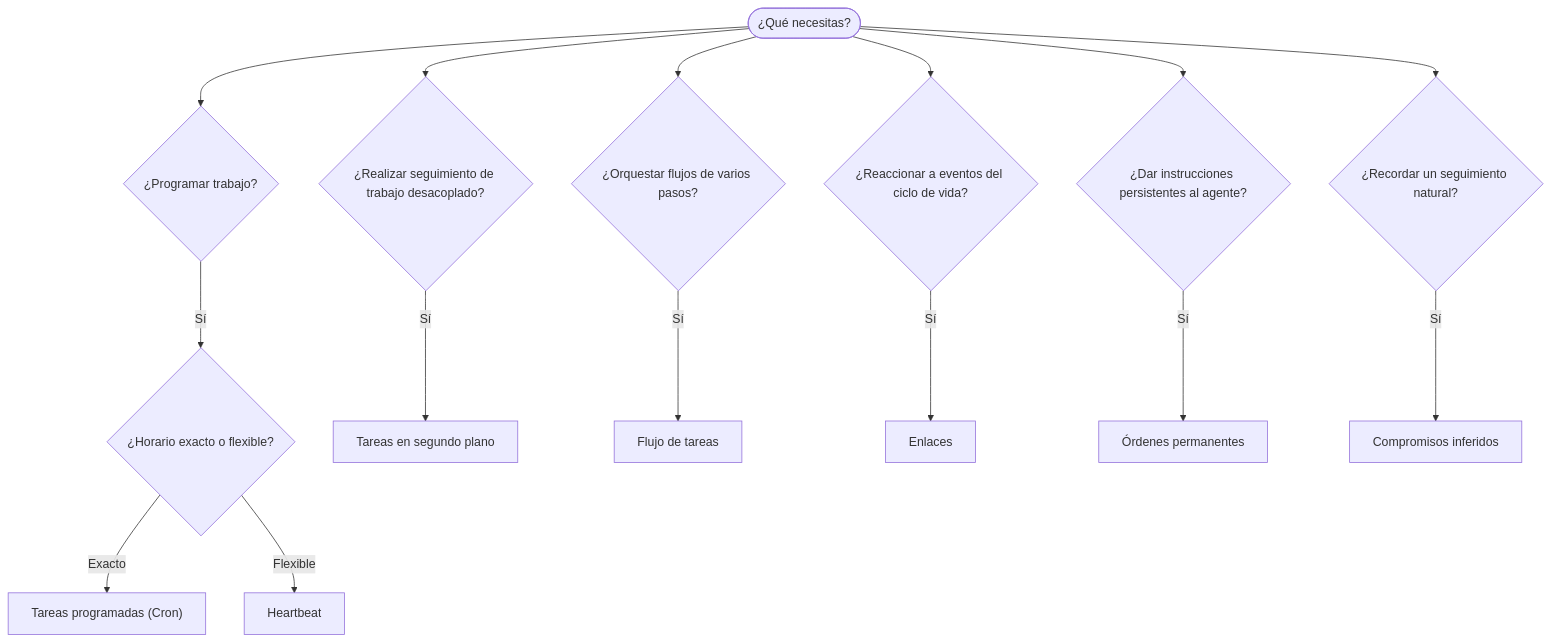
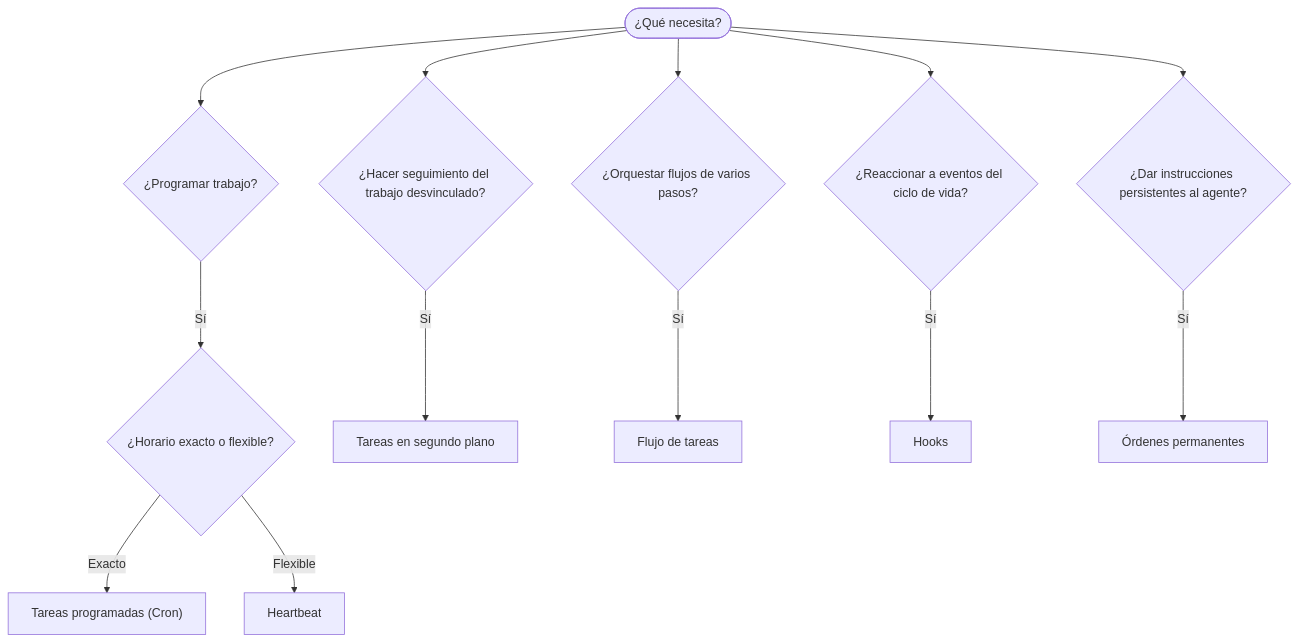
The diagram in openclaw-docs/es/automation.md (is0383kk/ai-docs-sync-workflow), drawn with Mermaid before and after one commit. The commit also changed other lines of this file and 11096 other files, not shown here.

````diff
--- a/openclaw-docs/es/automation.md
+++ b/openclaw-docs/es/automation.md
@@ -25,19 +25,17 @@
 ```mermaid
 flowchart TD
-    START([¿Qué necesitas?]) --> Q1{¿Programar trabajo?}
-    START --> Q2{¿Realizar seguimiento de trabajo desacoplado?}
+    START([¿Qué necesita?]) --> Q1{¿Programar trabajo?}
+    START --> Q2{¿Hacer seguimiento del trabajo desvinculado?}
     START --> Q3{¿Orquestar flujos de varios pasos?}
     START --> Q4{¿Reaccionar a eventos del ciclo de vida?}
     START --> Q5{¿Dar instrucciones persistentes al agente?}
-    START --> Q6{¿Recordar un seguimiento natural?}
 
     Q1 -->|Sí| Q1a{¿Horario exacto o flexible?}
     Q1a -->|Exacto| CRON["Tareas programadas (Cron)"]
     Q1a -->|Flexible| HEARTBEAT[Heartbeat]
 
     Q2 -->|Sí| TASKS[Tareas en segundo plano]
     Q3 -->|Sí| FLOW[Flujo de tareas]
-    Q4 -->|Sí| HOOKS[Enlaces]
+    Q4 -->|Sí| HOOKS[Hooks]
     Q5 -->|Sí| SO[Órdenes permanentes]
-    Q6 -->|Sí| COMMITMENTS[Compromisos inferidos]
 ```
````
